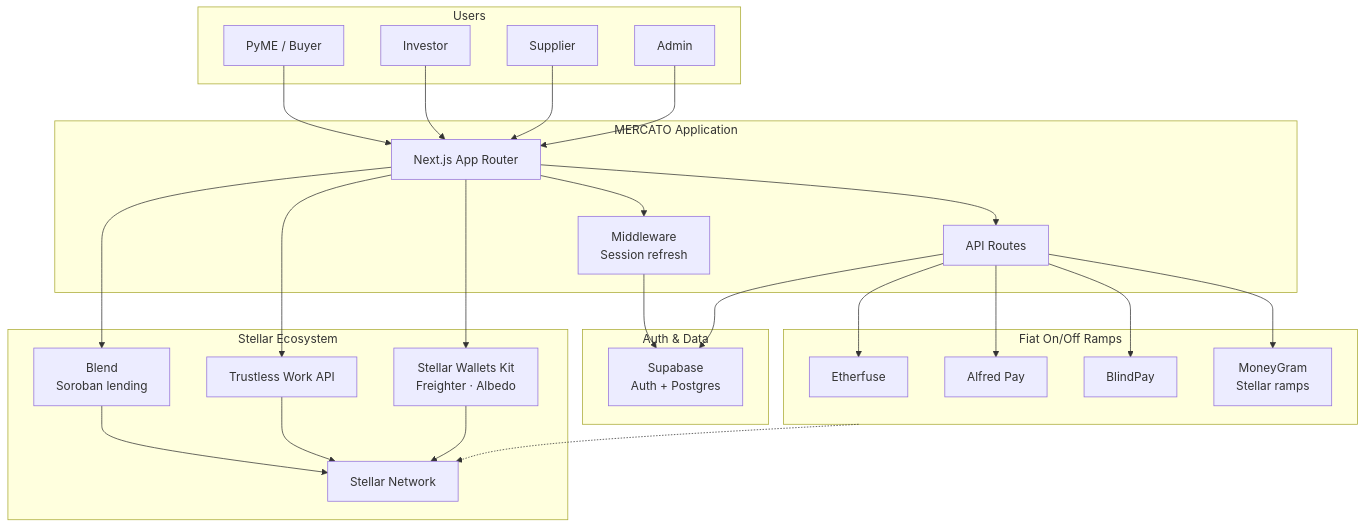
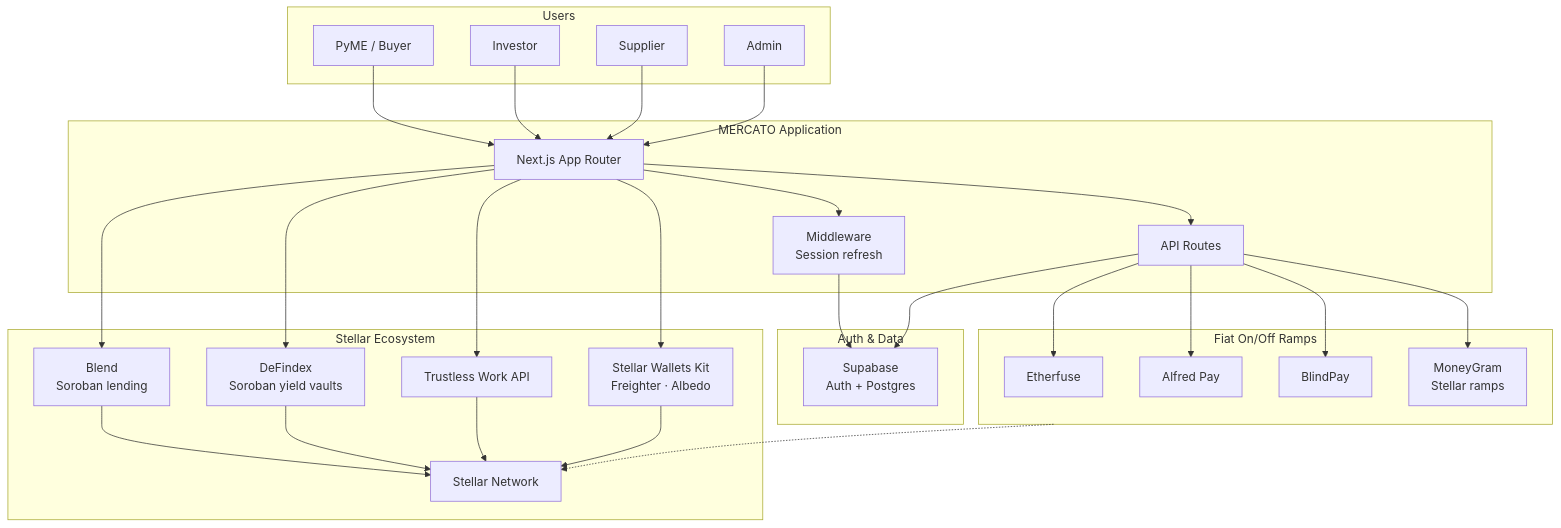
One commit to mercato-supply-chain/mercato-dapp changed the first of 12 diagrams in doc/architecture.md. Above: the diagram before and after it, drawn with Mermaid. The commit also changed other lines of this file and 2 other files, not shown here.

````diff
--- a/doc/architecture.md
+++ b/doc/architecture.md
@@ -11,52 +11,55 @@
 ```mermaid
 flowchart TB
   subgraph Users["Users"]
     PyME[PyME / Buyer]
     Investor[Investor]
     Supplier[Supplier]
     Admin[Admin]
   end
 
   subgraph App["MERCATO Application"]
     Next[Next.js App Router]
     API[API Routes]
     Middleware[Middleware\nSession refresh]
   end
 
   subgraph AuthAndData["Auth & Data"]
     Supabase[Supabase\nAuth + Postgres]
   end
 
   subgraph Stellar["Stellar Ecosystem"]
     Trustless[Trustless Work API]
     Blend[Blend\nSoroban lending]
+    DeFindex[DeFindex\nSoroban yield vaults]
     StellarNet[Stellar Network]
     Wallets[Stellar Wallets Kit\nFreighter · Albedo]
   end
 
   subgraph Ramps["Fiat On/Off Ramps"]
     Etherfuse[Etherfuse]
     AlfredPay[Alfred Pay]
     BlindPay[BlindPay]
     MoneyGram[MoneyGram\nStellar ramps]
   end
 
   PyME --> Next
   Investor --> Next
   Supplier --> Next
   Admin --> Next
   Next --> Middleware --> Supabase
   Next --> API
   API --> Supabase
   Next --> Wallets
   Next --> Trustless
   Next --> Blend
+  Next --> DeFindex
   Blend --> StellarNet
+  DeFindex --> StellarNet
   API --> Etherfuse
   API --> AlfredPay
   API --> BlindPay
   API --> MoneyGram
   Trustless --> StellarNet
   Wallets --> StellarNet
   Ramps -.-> StellarNet
 ```
````
